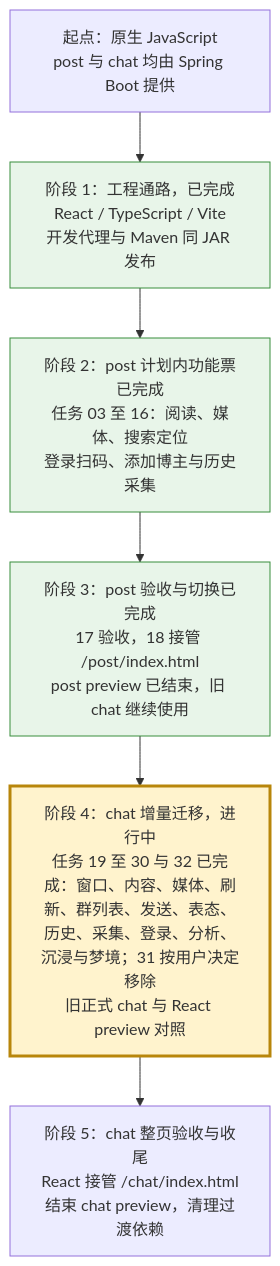
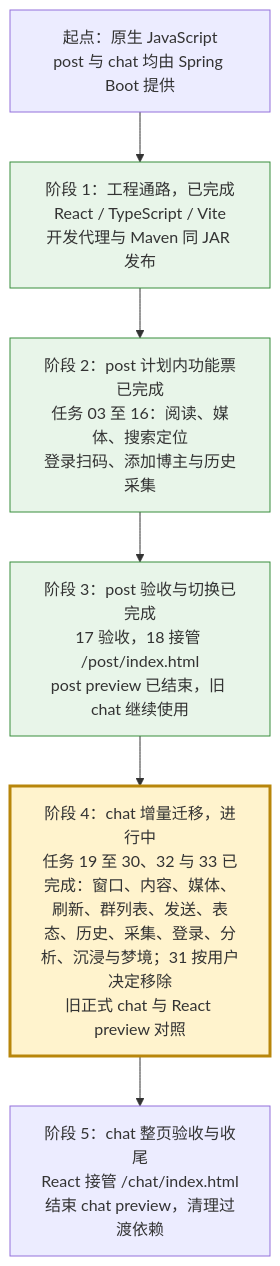
The diagram in .scratch/react-migration/PLAN.md (findxyz/vb-weibo-plus), drawn with Mermaid before and after one commit. The commit also changed other lines of this file and 5 other files, not shown here.

````diff
--- a/.scratch/react-migration/PLAN.md
+++ b/.scratch/react-migration/PLAN.md
@@ -18,14 +18,14 @@
 ```mermaid
 flowchart TD
     A["起点：原生 JavaScript<br/>post 与 chat 均由 Spring Boot 提供"]
     B["阶段 1：工程通路，已完成<br/>React / TypeScript / Vite<br/>开发代理与 Maven 同 JAR 发布"]
     C["阶段 2：post 计划内功能票已完成<br/>任务 03 至 16：阅读、媒体、搜索定位<br/>登录扫码、添加博主与历史采集"]
     D["阶段 3：post 验收与切换已完成<br/>17 验收，18 接管 /post/index.html<br/>post preview 已结束，旧 chat 继续使用"]
-    E["阶段 4：chat 增量迁移，进行中<br/>任务 19 至 30 与 32 已完成：窗口、内容、媒体、刷新、群列表、发送、表态、历史、采集、登录、分析、沉浸与梦境；31 按用户决定移除<br/>旧正式 chat 与 React preview 对照"]
+    E["阶段 4：chat 增量迁移，进行中<br/>任务 19 至 30、32 与 33 已完成：窗口、内容、媒体、刷新、群列表、发送、表态、历史、采集、登录、分析、沉浸与梦境；31 按用户决定移除<br/>旧正式 chat 与 React preview 对照"]
     F["阶段 5：chat 整页验收与收尾<br/>React 接管 /chat/index.html<br/>结束 chat preview，清理过渡依赖"]
     A --> B --> C --> D --> E --> F
     classDef complete fill:#e8f5e9,stroke:#388e3c
     classDef current fill:#fff3cd,stroke:#b8860b,stroke-width:3px
     class B,C,D complete
     class E current
 ```
````
